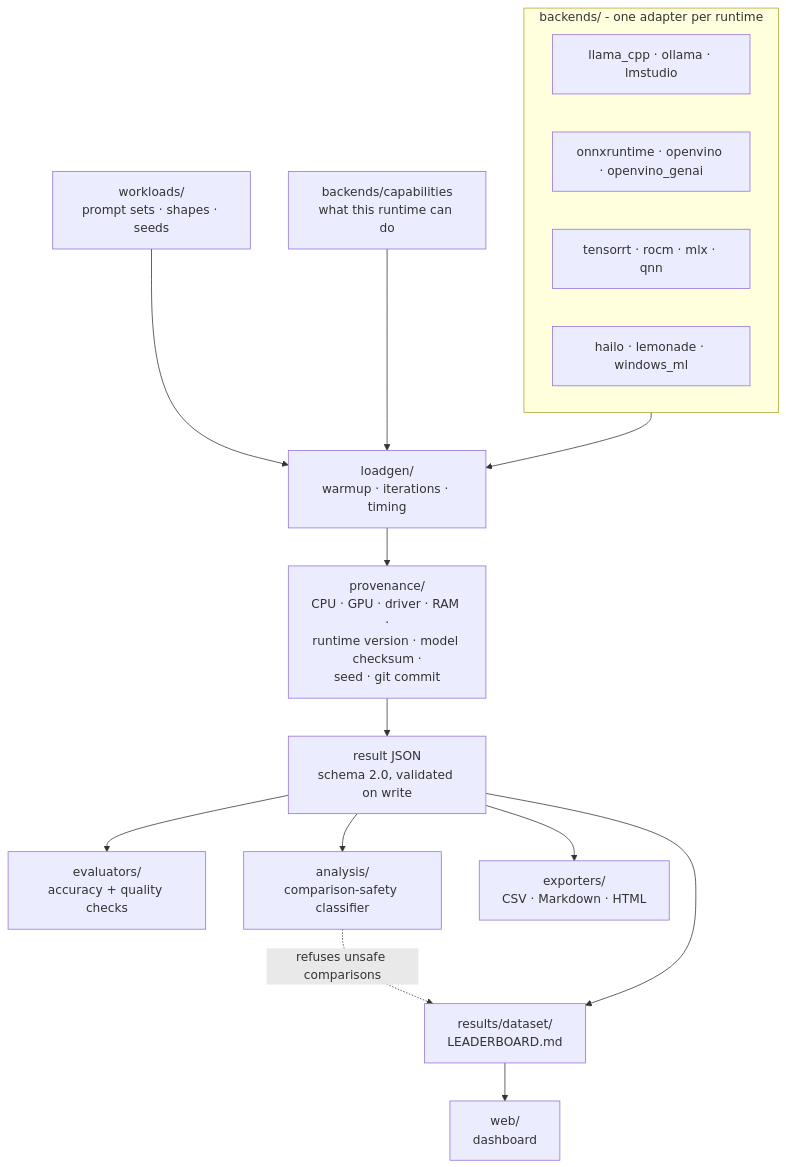
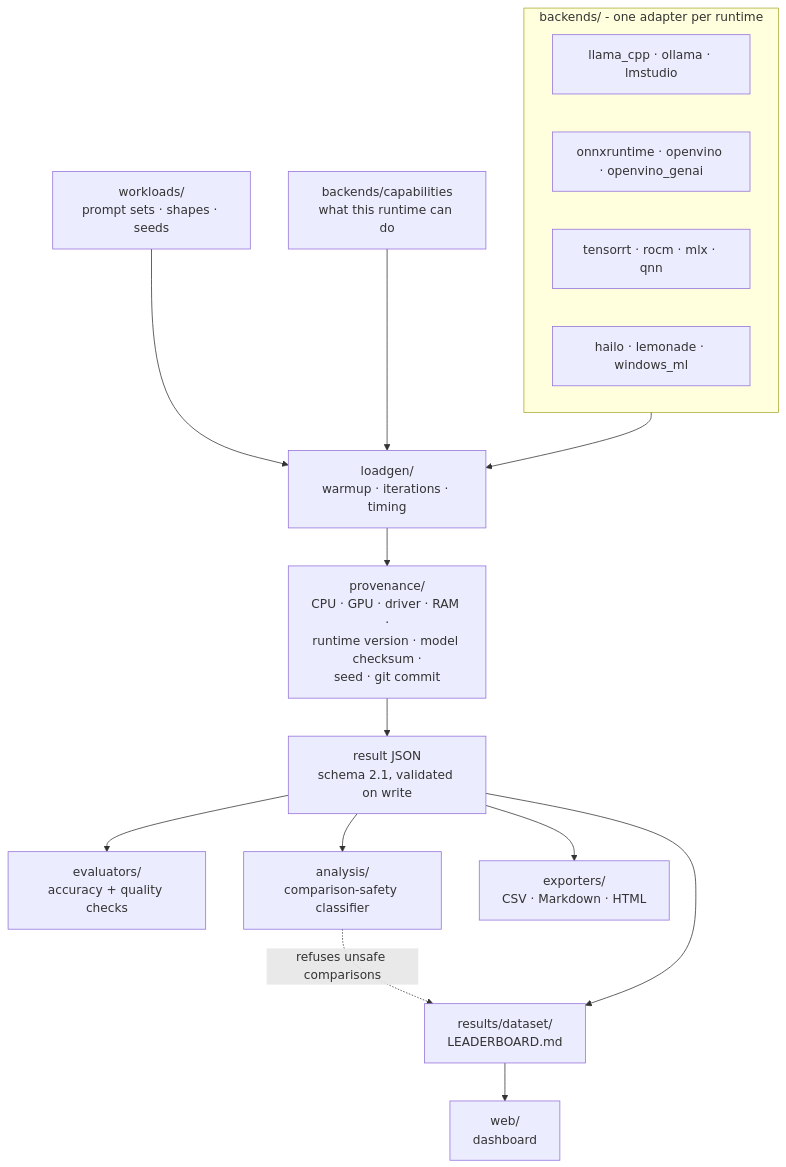
The diagram in README.md (webdevsamran/local-ai-hardware-bench), drawn with Mermaid before and after one commit. The commit also changed 16 other files, not shown here.

````diff
--- a/README.md
+++ b/README.md
@@ -239,23 +239,23 @@
 ```mermaid
 flowchart TB
     subgraph runtimes [backends/ - one adapter per runtime]
         A[llama_cpp · ollama · lmstudio]
         B[onnxruntime · openvino · openvino_genai]
         C[tensorrt · rocm · mlx · qnn]
         D[hailo · lemonade · windows_ml]
     end
 
     WORK[workloads/<br/>prompt sets · shapes · seeds] --> LOAD[loadgen/<br/>warmup · iterations · timing]
     runtimes --> LOAD
     CAP[backends/capabilities<br/>what this runtime can do] --> LOAD
 
     LOAD --> PROV[provenance/<br/>CPU · GPU · driver · RAM ·<br/>runtime version · model checksum ·<br/>seed · git commit]
-    PROV --> RESULT[result JSON<br/>schema 2.0, validated on write]
+    PROV --> RESULT[result JSON<br/>schema 2.1, validated on write]
 
     RESULT --> EVAL[evaluators/<br/>accuracy + quality checks]
     RESULT --> ANALYSIS[analysis/<br/>comparison-safety classifier]
     ANALYSIS -.refuses unsafe comparisons.-> LEADER[results/dataset/<br/>LEADERBOARD.md]
     RESULT --> LEADER
     RESULT --> EXPORT[exporters/<br/>CSV · Markdown · HTML]
     LEADER --> WEB[web/<br/>dashboard]
 ```
````
